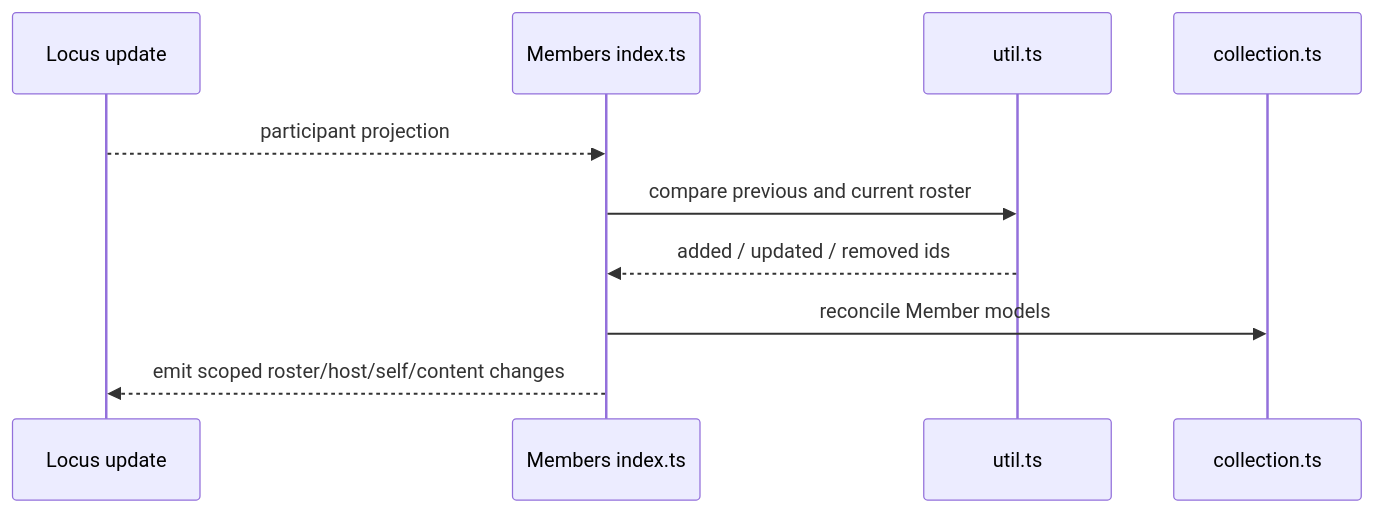
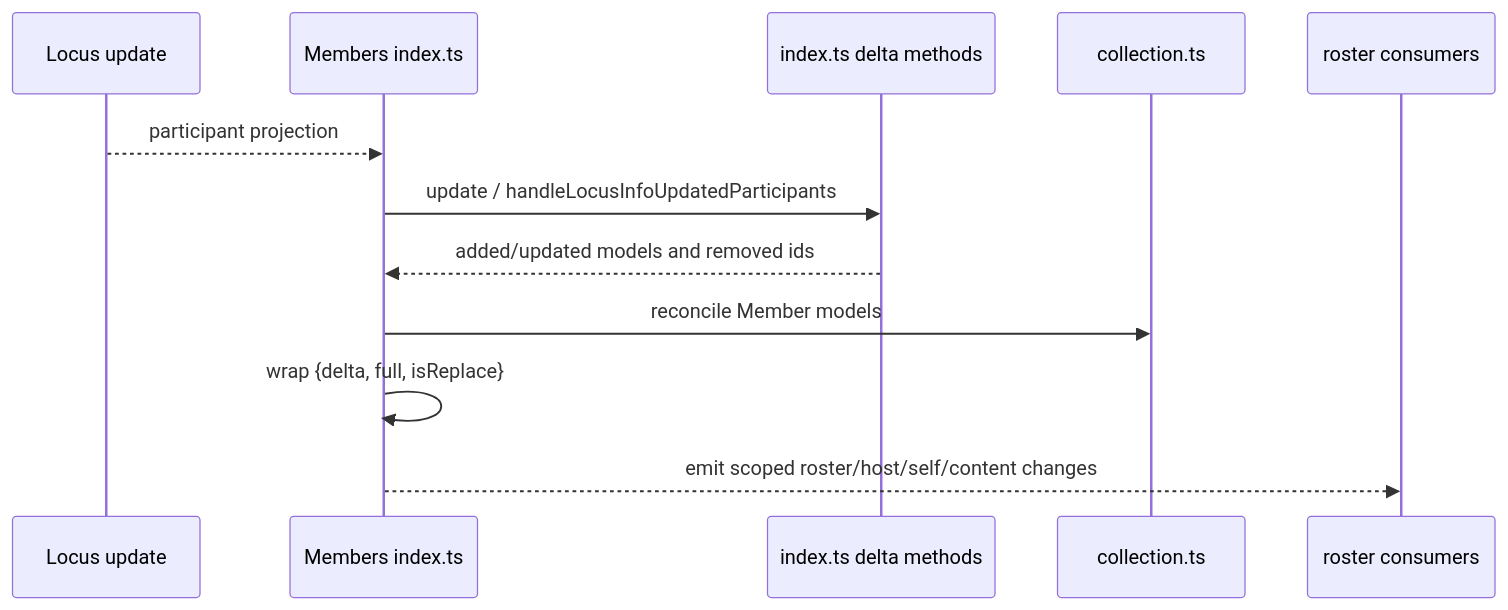
The second of 4 diagrams in packages/@webex/plugin-meetings/src/members/ai-docs/members-spec.md (webex/webex-js-sdk), drawn with Mermaid before and after one commit. The commit also changed other lines of this file and 24 other files, not shown here.

````diff
--- a/packages/@webex/plugin-meetings/src/members/ai-docs/members-spec.md
+++ b/packages/@webex/plugin-meetings/src/members/ai-docs/members-spec.md
@@ -128,12 +145,14 @@
 ```mermaid
 sequenceDiagram
   participant L as Locus update
   participant M as Members index.ts
-  participant U as util.ts
+  participant D as index.ts delta methods
   participant C as collection.ts
+  participant E as roster consumers
   L-->>M: participant projection
-  M->>U: compare previous and current roster
-  U-->>M: added / updated / removed ids
+  M->>D: update / handleLocusInfoUpdatedParticipants
+  D-->>M: added/updated models and removed ids
   M->>C: reconcile Member models
-  M-->>L: emit scoped roster/host/self/content changes
+  M->>M: wrap {delta, full, isReplace}
+  M-->>E: emit scoped roster/host/self/content changes
 ```
````
